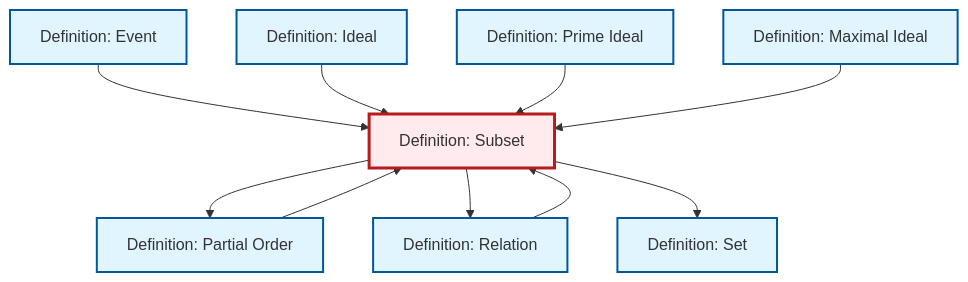
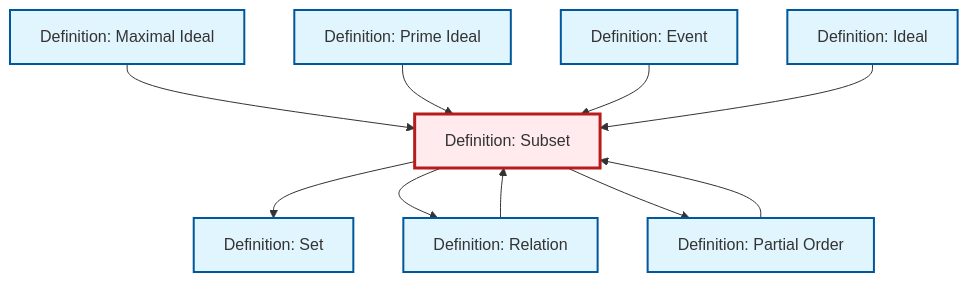
Before and after one commit to RK0429/ModernMath: the diagram in content/en/logic-set-theory/def-subset.qmd, drawn with Mermaid. The commit also changed other lines of this file and 1012 other files, not shown here.

````diff
--- a/content/en/logic-set-theory/def-subset.qmd
+++ b/content/en/logic-set-theory/def-subset.qmd
@@ -51,34 +51,34 @@
 ```{mermaid}
 %%| fig-cap: "Local dependency graph"
 graph TD
     classDef definition fill:#e1f5fe,stroke:#01579b,stroke-width:2px
     classDef theorem fill:#f3e5f5,stroke:#4a148c,stroke-width:2px
     classDef axiom fill:#fff3e0,stroke:#e65100,stroke-width:2px
     classDef example fill:#e8f5e9,stroke:#1b5e20,stroke-width:2px
     classDef current fill:#ffebee,stroke:#b71c1c,stroke-width:3px
+    def-maximal-ideal["Definition: Maximal Ideal"]:::definition
+    def-subset["Definition: Subset"]:::definition
+    def-partial-order["Definition: Partial Order"]:::definition
     def-set["Definition: Set"]:::definition
-    def-maximal-ideal["Definition: Maximal Ideal"]:::definition
     def-prime-ideal["Definition: Prime Ideal"]:::definition
+    def-event["Definition: Event"]:::definition
+    def-ideal["Definition: Ideal"]:::definition
     def-relation["Definition: Relation"]:::definition
-    def-ideal["Definition: Ideal"]:::definition
-    def-event["Definition: Event"]:::definition
-    def-partial-order["Definition: Partial Order"]:::definition
-    def-subset["Definition: Subset"]:::definition
+    def-maximal-ideal --> def-subset
+    def-subset --> def-set
+    def-prime-ideal --> def-subset
+    def-event --> def-subset
+    def-relation --> def-subset
+    def-subset --> def-relation
+    def-ideal --> def-subset
     def-subset --> def-partial-order
-    def-subset --> def-relation
-    def-subset --> def-set
-    def-event --> def-subset
-    def-ideal --> def-subset
-    def-prime-ideal --> def-subset
     def-partial-order --> def-subset
-    def-relation --> def-subset
-    def-maximal-ideal --> def-subset
     class def-subset current
+    click def-maximal-ideal "def-maximal-ideal.html" "Go to Maximal Ideal definition"
+    click def-partial-order "def-partial-order.html" "Go to Partial Order definition"
     click def-set "def-set.html" "Go to Set definition"
-    click def-maximal-ideal "def-maximal-ideal.html" "Go to Maximal Ideal definition"
     click def-prime-ideal "def-prime-ideal.html" "Go to Prime Ideal definition"
+    click def-event "def-event.html" "Go to Event definition"
+    click def-ideal "def-ideal.html" "Go to Ideal definition"
     click def-relation "def-relation.html" "Go to Relation definition"
-    click def-ideal "def-ideal.html" "Go to Ideal definition"
-    click def-event "def-event.html" "Go to Event definition"
-    click def-partial-order "def-partial-order.html" "Go to Partial Order definition"
 ```
````
